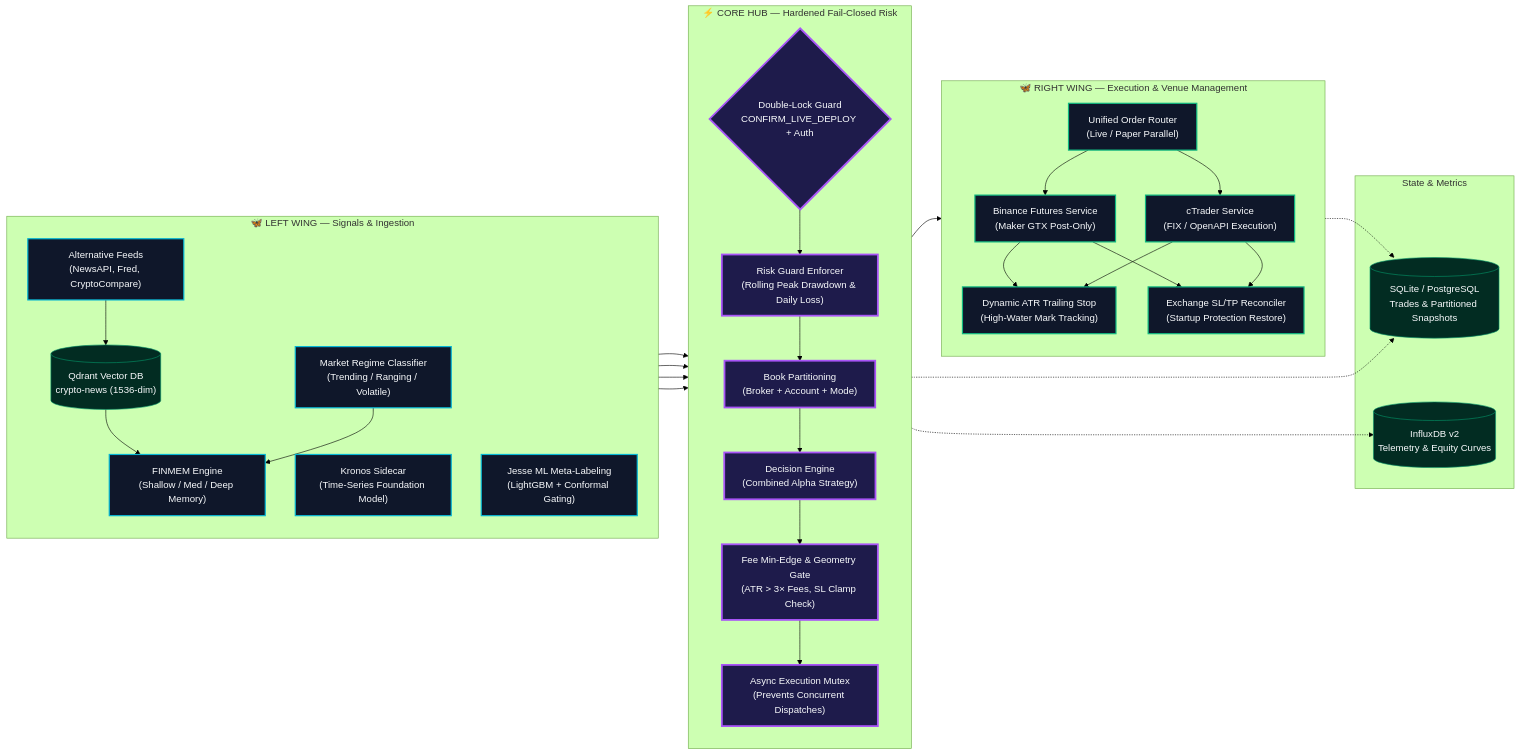
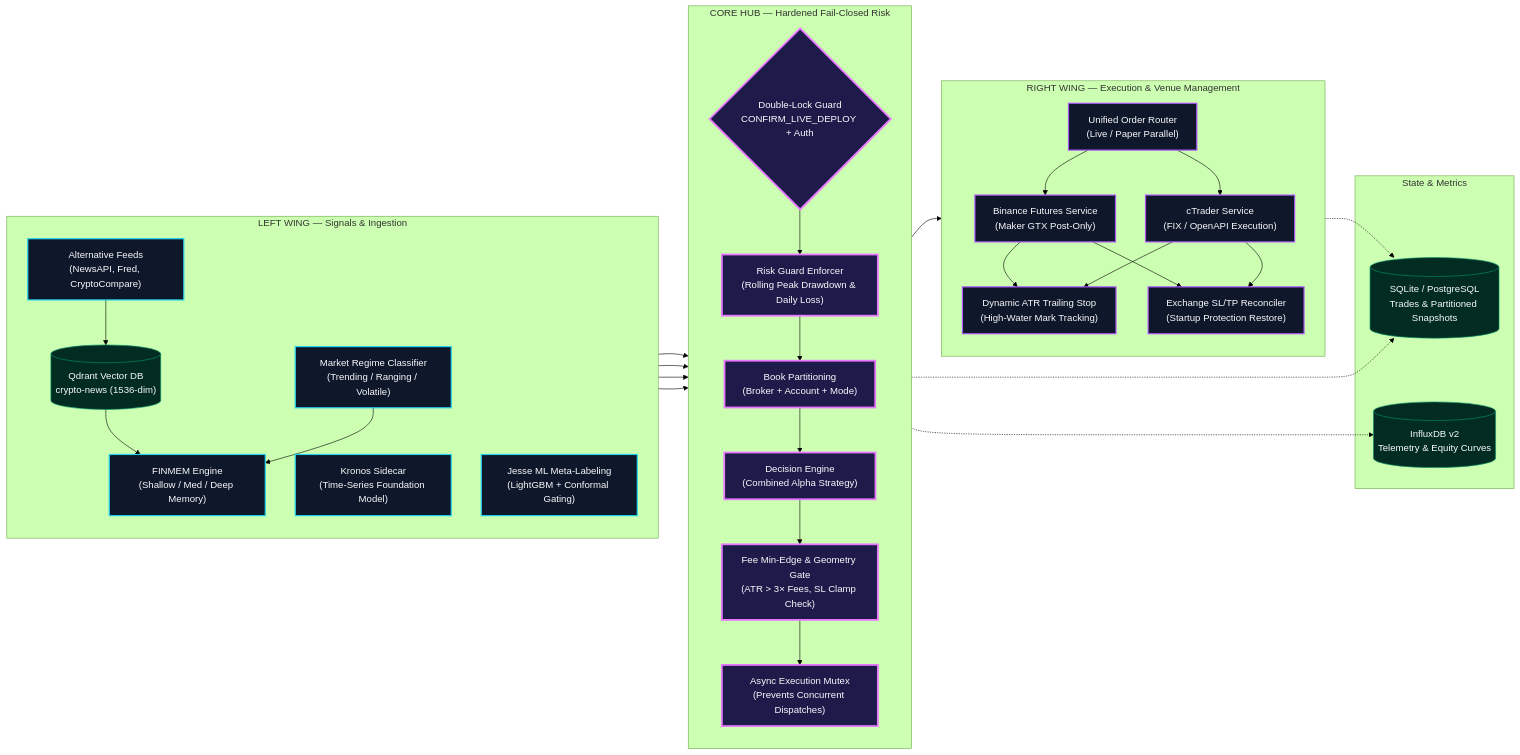
One commit to inimene84/ai-trading-platform. changed the diagram in README.md. Above: the diagram before and after it, drawn with Mermaid (forest theme). The commit also changed other lines of this file and 4 other files, not shown here.

First line of the commit message:
docs: add Tron HUD architecture and cockpit art (#69)

````diff
--- a/README.md
+++ b/README.md
@@ -42,72 +42,68 @@
 ```mermaid
 flowchart LR
-    %% Styles
-    classDef leftWing fill:#0f172a,stroke:#06b6d4,stroke-width:2px,color:#f8fafc;
-    classDef centerCore fill:#1e1b4b,stroke:#a855f7,stroke-width:3px,color:#f8fafc;
-    classDef rightWing fill:#0f172a,stroke:#10b981,stroke-width:2px,color:#f8fafc;
+    classDef leftWing fill:#0f172a,stroke:#22d3ee,stroke-width:2px,color:#f8fafc;
+    classDef centerCore fill:#1e1b4b,stroke:#e879ff,stroke-width:3px,color:#f8fafc;
+    classDef rightWing fill:#0f172a,stroke:#a855f7,stroke-width:2px,color:#f8fafc;
     classDef storage fill:#022c22,stroke:#059669,stroke-width:1px,color:#f8fafc;
 
-    subgraph LeftWing["🦋 LEFT WING — Signals & Ingestion"]
+    subgraph LeftWing["LEFT WING — Signals & Ingestion"]
         direction TB
         NEWS["Alternative Feeds<br/>(NewsAPI, Fred, CryptoCompare)"]:::leftWing
         QD_NEWS[("Qdrant Vector DB<br/>crypto-news (1536-dim)")]:::storage
         FINMEM["FINMEM Engine<br/>(Shallow / Med / Deep Memory)"]:::leftWing
         REGIME["Market Regime Classifier<br/>(Trending / Ranging / Volatile)"]:::leftWing
         KRONOS["Kronos Sidecar<br/>(Time-Series Foundation Model)"]:::leftWing
         JESSE_ML["Jesse ML Meta-Labeling<br/>(LightGBM + Conformal Gating)"]:::leftWing
 
         NEWS --> QD_NEWS
         QD_NEWS --> FINMEM
         REGIME --> FINMEM
     end
 
-    subgraph CenterCore["⚡ CORE HUB — Hardened Fail-Closed Risk"]
+    subgraph CenterCore["CORE HUB — Hardened Fail-Closed Risk"]
         direction TB
         LIVE_GATE{"Double-Lock Guard<br/>CONFIRM_LIVE_DEPLOY + Auth"}:::centerCore
         RISK_GUARD["Risk Guard Enforcer<br/>(Rolling Peak Drawdown & Daily Loss)"]:::centerCore
         BOOK_PART["Book Partitioning<br/>(Broker + Account + Mode)"]:::centerCore
         DECISION["Decision Engine<br/>(Combined Alpha Strategy)"]:::centerCore
         MIN_EDGE["Fee Min-Edge & Geometry Gate<br/>(ATR > 3× Fees, SL Clamp Check)"]:::centerCore
         EXEC_LOCK["Async Execution Mutex<br/>(Prevents Concurrent Dispatches)"]:::centerCore
 
         LIVE_GATE --> RISK_GUARD
         RISK_GUARD --> BOOK_PART
         BOOK_PART --> DECISION
         DECISION --> MIN_EDGE
         MIN_EDGE --> EXEC_LOCK
     end
 
-    subgraph RightWing["🦋 RIGHT WING — Execution & Venue Management"]
+    subgraph RightWing["RIGHT WING — Execution & Venue Management"]
         direction TB
         ROUTER["Unified Order Router<br/>(Live / Paper Parallel)"]:::rightWing
         BINANCE["Binance Futures Service<br/>(Maker GTX Post-Only)"]:::rightWing
         CTRADER["cTrader Service<br/>(FIX / OpenAPI Execution)"]:::rightWing
         ATR_TRAIL["Dynamic ATR Trailing Stop<br/>(High-Water Mark Tracking)"]:::rightWing
         RECON["Exchange SL/TP Reconciler<br/>(Startup Protection Restore)"]:::rightWing
 
         ROUTER --> BINANCE
         ROUTER --> CTRADER
         BINANCE --> ATR_TRAIL
         CTRADER --> ATR_TRAIL
         BINANCE --> RECON
         CTRADER --> RECON
     end
 
-    %% Interconnections
     JESSE_ML --> DECISION
     KRONOS --> DECISION
     FINMEM --> DECISION
     REGIME --> DECISION
-
     EXEC_LOCK --> ROUTER
 
-    %% Storage connections
     subgraph Persistence["State & Metrics"]
         SQL[(SQLite / PostgreSQL<br/>Trades & Partitioned Snapshots)]:::storage
         INFLUX[(InfluxDB v2<br/>Telemetry & Equity Curves)]:::storage
     end
 
     BOOK_PART -.-> SQL
     ROUTER -.-> SQL
     RISK_GUARD -.-> INFLUX
 ```
````
